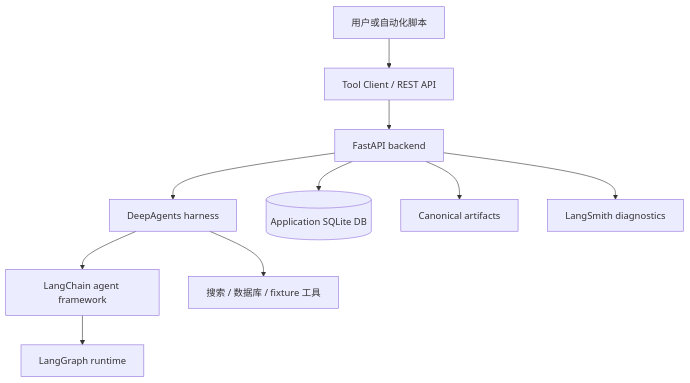
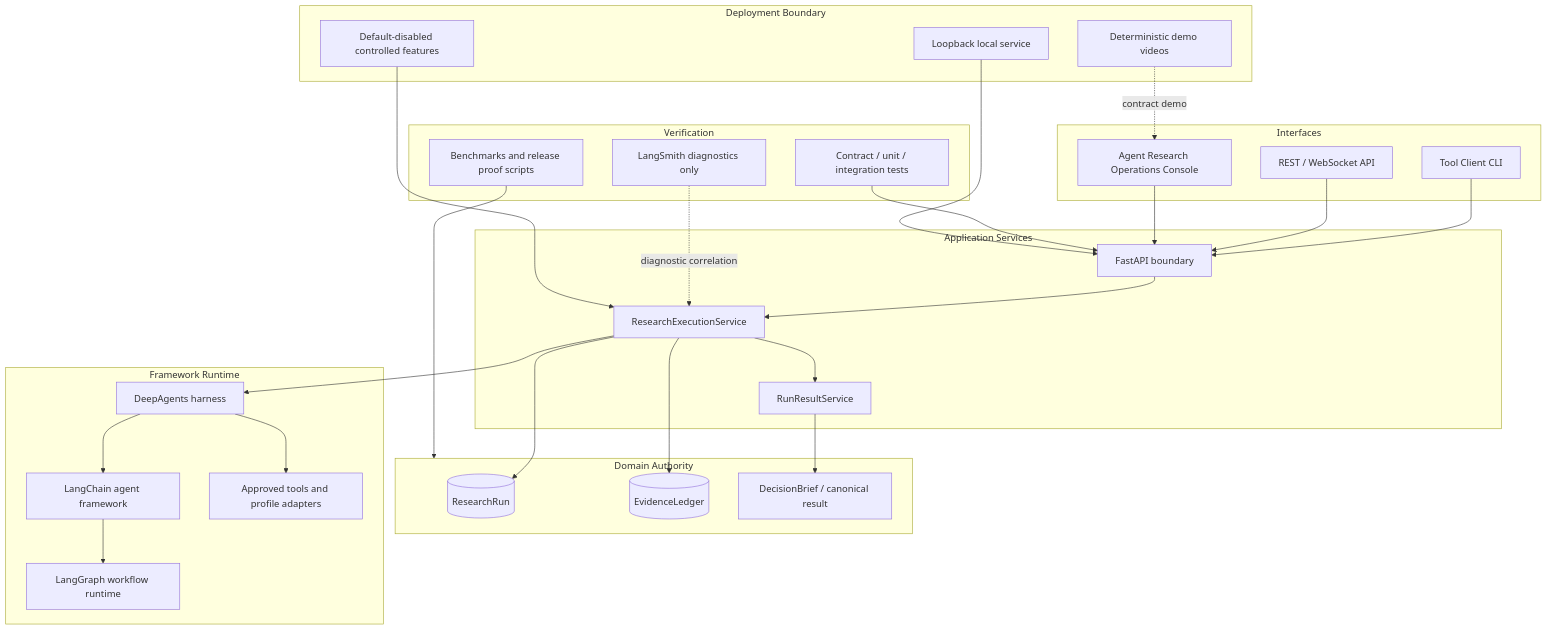
One commit to iTao-AI/decision-research-agent changed the diagram in README_CN.md. Above: the diagram before and after it, drawn with Mermaid. The commit also changed other lines of this file and 5 other files, not shown here.

````diff
--- a/README_CN.md
+++ b/README_CN.md
@@ -29,12 +44,58 @@
 ```mermaid
-flowchart TD
-    User["用户或自动化脚本"] --> Tool["Tool Client / REST API"]
-    Tool --> API["FastAPI backend"]
-    API --> Harness["DeepAgents harness"]
-    Harness --> LC["LangChain agent framework"]
-    LC --> LG["LangGraph runtime"]
-    Harness --> Tools["搜索 / 数据库 / fixture 工具"]
-    API --> DB[("Application SQLite DB")]
-    API --> Artifacts["Canonical artifacts"]
-    API --> LS["LangSmith diagnostics"]
+flowchart TB
+    subgraph Interfaces["Interfaces"]
+        CLI["Tool Client CLI"]
+        REST["REST / WebSocket API"]
+        Console["Agent Research Operations Console"]
+    end
+
+    subgraph Services["Application Services"]
+        API["FastAPI boundary"]
+        Execution["ResearchExecutionService"]
+        Result["RunResultService"]
+    end
+
+    subgraph Domain["Domain Authority"]
+        Runs[("ResearchRun")]
+        Evidence[("EvidenceLedger")]
+        Brief["DecisionBrief / canonical result"]
+    end
+
+    subgraph Runtime["Framework Runtime"]
+        DeepAgents["DeepAgents harness"]
+        LangChain["LangChain agent framework"]
+        LangGraph["LangGraph workflow runtime"]
+        Tools["Approved tools and profile adapters"]
+    end
+
+    subgraph Verification["Verification"]
+        Tests["Contract / unit / integration tests"]
+        Gates["Benchmarks and release proof scripts"]
+        LangSmith["LangSmith diagnostics only"]
+    end
+
+    subgraph Deployment["Deployment Boundary"]
+        Local["Loopback local service"]
+        Flags["Default-disabled controlled features"]
+        PublicDemo["Deterministic demo videos"]
+    end
+
+    CLI --> API
+    REST --> API
+    Console --> API
+    API --> Execution
+    Execution --> Result
+    Execution --> Runs
+    Execution --> Evidence
+    Result --> Brief
+    Execution --> DeepAgents
+    DeepAgents --> LangChain
+    LangChain --> LangGraph
+    DeepAgents --> Tools
+    Tests --> API
+    Gates --> Domain
+    LangSmith -. diagnostic correlation .-> Execution
+    Local --> API
+    Flags --> Execution
+    PublicDemo -. contract demo .-> Console
 ```
````
